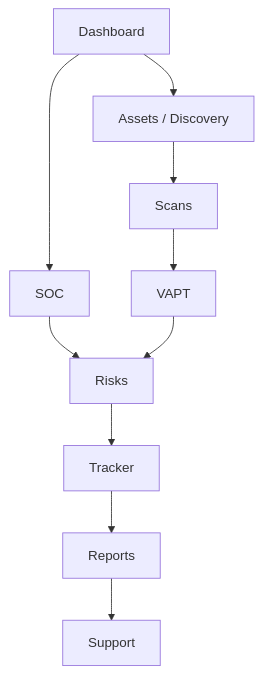
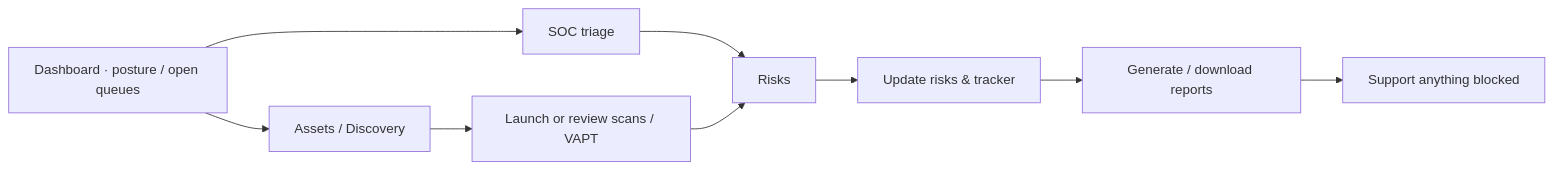
Before and after one commit to Phantom-Fort/Phantix-Frontend: the diagram in docs/how-to/command-centre/README.md, drawn with Mermaid. The commit also changed other lines of this file and 44 other files, not shown here.

````diff
--- a/docs/how-to/command-centre/README.md
+++ b/docs/how-to/command-centre/README.md
@@ -40,12 +31,11 @@
 ```mermaid
-flowchart TD
-  D[Dashboard] --> S[SOC]
+flowchart LR
+  D[Dashboard · posture / open queues] --> S[SOC triage]
   D --> A[Assets / Discovery]
-  A --> SC[Scans]
-  SC --> V[VAPT]
   S --> R[Risks]
-  V --> R
-  R --> T[Tracker]
-  T --> REP[Reports]
-  REP --> SUP[Support]
+  A --> SC[Launch or review scans / VAPT]
+  SC --> R
+  R --> T[Update risks & tracker]
+  T --> REP[Generate / download reports]
+  REP --> SUP[Support anything blocked]
 ```
````
